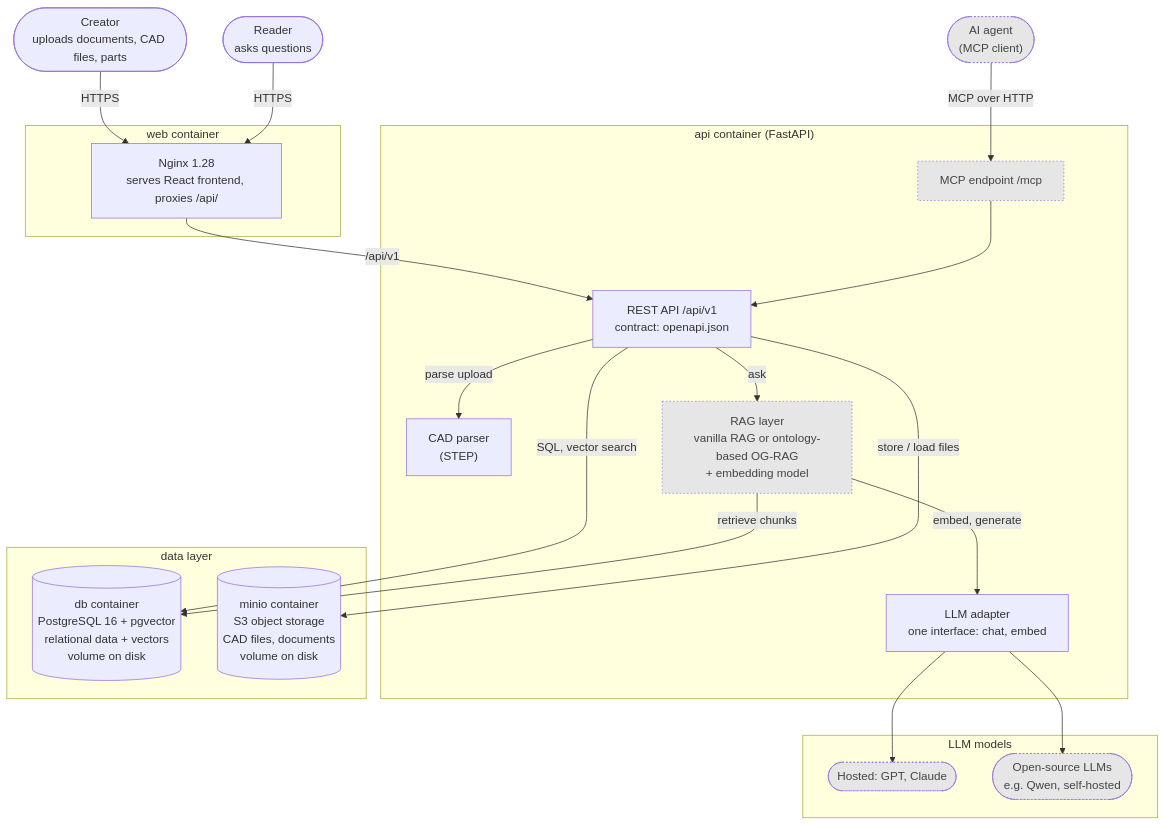
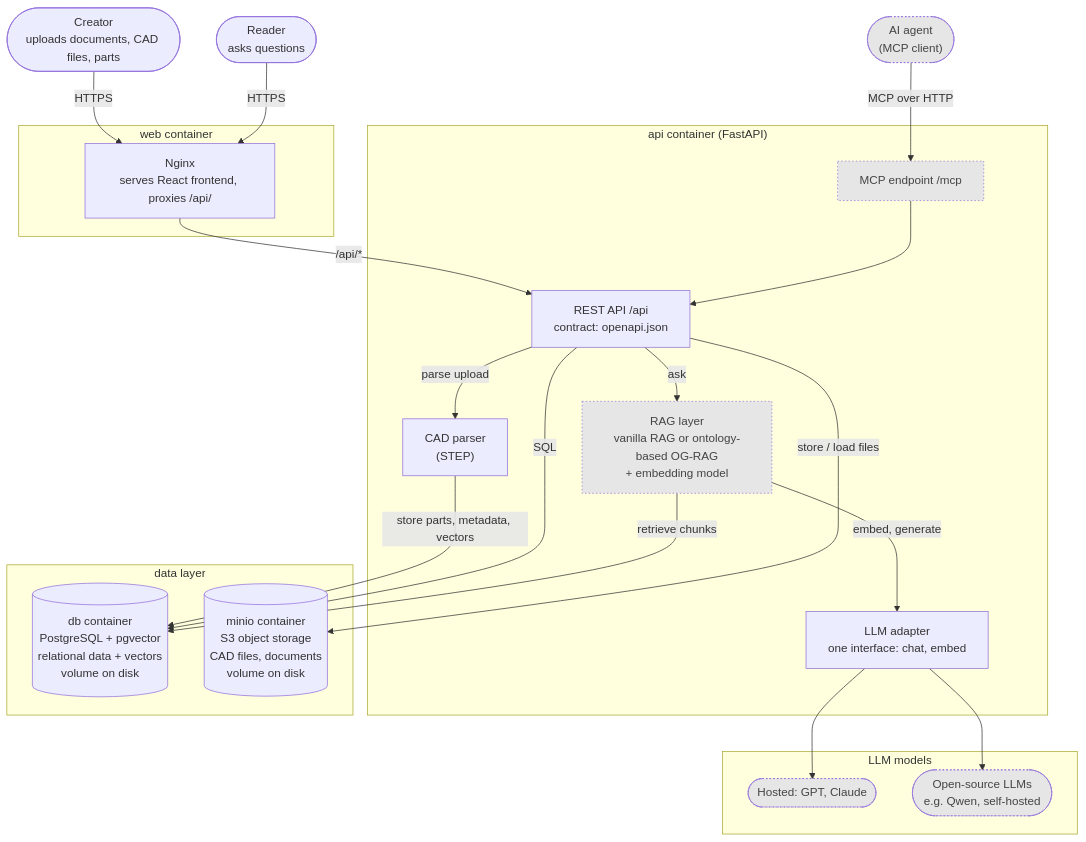
One commit to amosproj/amos2026ws02-engineering-knowledge-advisor changed the first of 2 diagrams in Documentation/architecture/software-architecture.md. Above: the diagram before and after it, drawn with Mermaid. The commit also changed other lines of this file and 1 other file, not shown here.

Commit message:
feat: add software architecture PDF and update documentation structure

````diff
--- a/Documentation/architecture/software-architecture.md
+++ b/Documentation/architecture/software-architecture.md
@@ -12,45 +11,47 @@
 ```mermaid
 flowchart TB
     creator(["Creator<br/>uploads documents, CAD files, parts"])
     reader(["Reader<br/>asks questions"])
     agent(["AI agent<br/>(MCP client)"])
 
     subgraph webc["web container"]
-        nginx["Nginx 1.28<br/>serves React frontend, proxies /api/"]
+        nginx["Nginx<br/>serves React frontend, proxies /api/"]
     end
 
     subgraph apic["api container (FastAPI)"]
-        rest["REST API /api/v1<br/>contract: openapi.json"]
+        rest["REST API /api<br/>contract: openapi.json"]
         mcp["MCP endpoint /mcp"]
         cad["CAD parser<br/>(STEP)"]
         rag["RAG layer<br/>vanilla RAG or ontology-based OG-RAG<br/>+ embedding model"]
         llm["LLM adapter<br/>one interface: chat, embed"]
     end
 
     subgraph datac["data layer"]
-        db[("db container<br/>PostgreSQL 16 + pgvector<br/>relational data + vectors<br/>volume on disk")]
+        db[("db container<br/>PostgreSQL + pgvector<br/>relational data + vectors<br/>volume on disk")]
         s3[("minio container<br/>S3 object storage<br/>CAD files, documents<br/>volume on disk")]
     end
 
     subgraph prov["LLM models"]
         hosted(["Hosted: GPT, Claude"])
         oss(["Open-source LLMs<br/>e.g. Qwen, self-hosted"])
     end
 
     creator -- "HTTPS" --> nginx
     reader -- "HTTPS" --> nginx
-    nginx -- "/api/v1" --> rest
+    nginx -- "/api/*" --> rest
     agent -- "MCP over HTTP" --> mcp
     mcp --> rest
     rest -- "parse upload" --> cad
-    rest -- "SQL, vector search" --> db
+    cad -- "store parts, metadata, vectors" --> db
+    
+    rest -- "SQL" --> db
     rest -- "store / load files" --> s3
     rest -- "ask" --> rag
     rag -- "retrieve chunks" --> db
     rag -- "embed, generate" --> llm
     llm --> hosted
     llm --> oss
 
     classDef open stroke-dasharray: 2 3,fill:#e6e6e6,color:#444;
     class mcp,rag,agent,hosted,oss open
 ```
````
